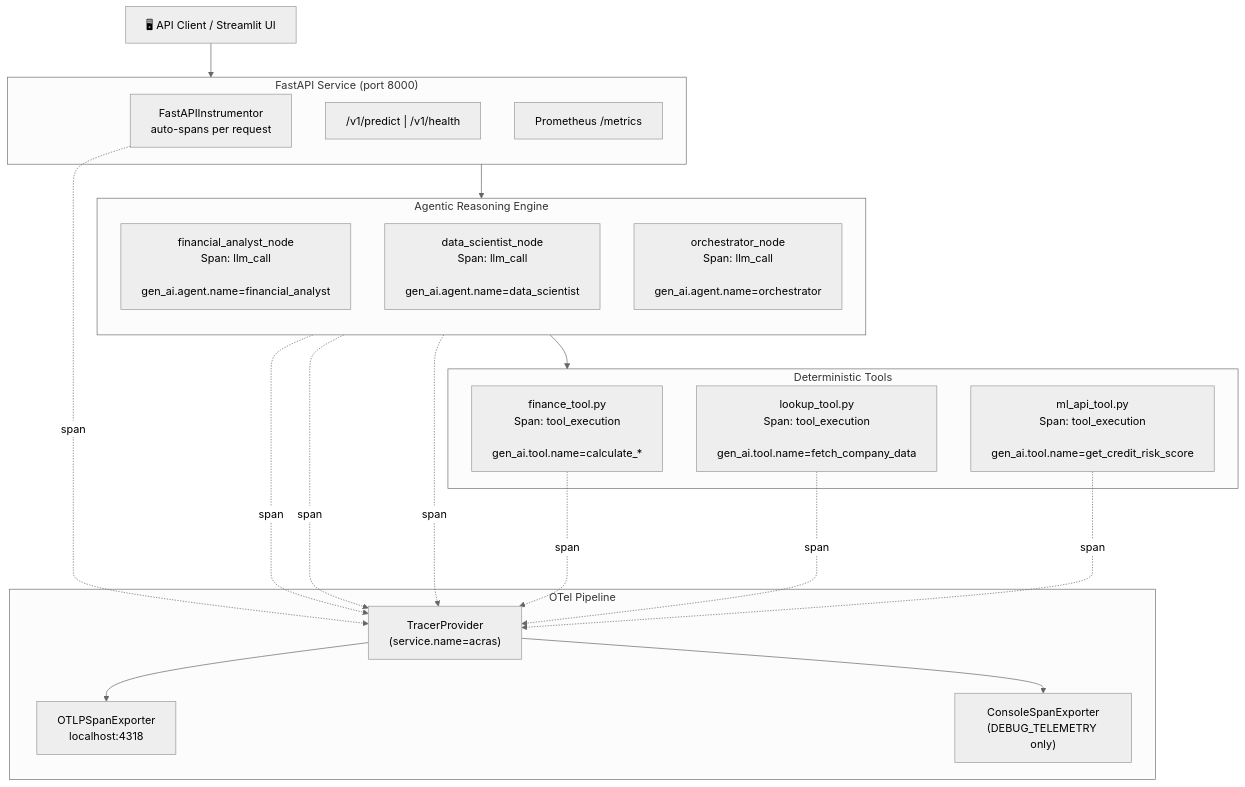
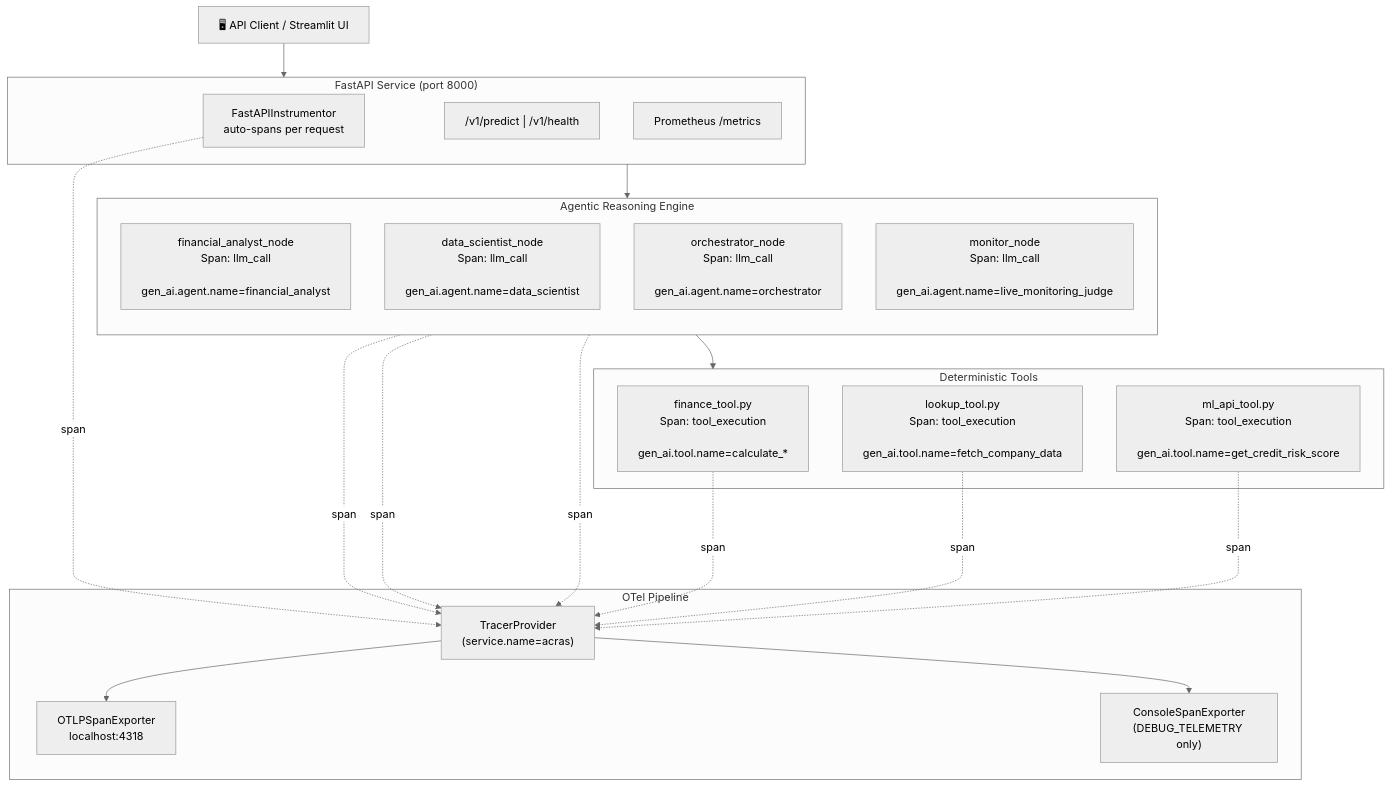
One commit to SebastianGarrido2790/hybrid-agentic-ml-for-risk-assessment changed the diagram in reports/docs/architecture/observability_tracing.md. Above: the diagram before and after it, drawn with Mermaid (neutral theme). The commit also changed other lines of this file and 25 other files, not shown here.

````diff
--- a/reports/docs/architecture/observability_tracing.md
+++ b/reports/docs/architecture/observability_tracing.md
@@ -21,44 +21,45 @@
 ```mermaid
 flowchart TD
     Client["🖥 API Client / Streamlit UI"]
 
     subgraph SVC["FastAPI Service (port 8000)"]
         OTELInstr["FastAPIInstrumentor\nauto-spans per request"]
         Router["/v1/predict | /v1/health"]
         Prometheus["Prometheus /metrics"]
     end
 
     subgraph ARE["Agentic Reasoning Engine"]
         direction TB
         FA["financial_analyst_node\nSpan: llm_call\n gen_ai.agent.name=financial_analyst"]
         DS["data_scientist_node\nSpan: llm_call\n gen_ai.agent.name=data_scientist"]
         ORC["orchestrator_node\nSpan: llm_call\n gen_ai.agent.name=orchestrator"]
+        MON["monitor_node\nSpan: llm_call\n gen_ai.agent.name=live_monitoring_judge"]
     end
 
     subgraph TOOLS["Deterministic Tools"]
         FT["finance_tool.py\nSpan: tool_execution\n gen_ai.tool.name=calculate_*"]
         LT["lookup_tool.py\nSpan: tool_execution\n gen_ai.tool.name=fetch_company_data"]
         MT["ml_api_tool.py\nSpan: tool_execution\n gen_ai.tool.name=get_credit_risk_score"]
     end
 
     subgraph OTEL["OTel Pipeline"]
         TP["TracerProvider\n(service.name=acras)"]
         OTLP["OTLPSpanExporter\nlocalhost:4318"]
         Console["ConsoleSpanExporter\n(DEBUG_TELEMETRY only)"]
     end
 
     Client --> SVC
     SVC --> ARE
     ARE --> TOOLS
 
     FA -..->|"span"| TP
     DS -..->|"span"| TP
     ORC -..->|"span"| TP
     FT -..->|"span"| TP
     LT -..->|"span"| TP
     MT -..->|"span"| TP
     OTELInstr -..->|"span"| TP
 
     TP --> OTLP
     TP --> Console
 ```
````
